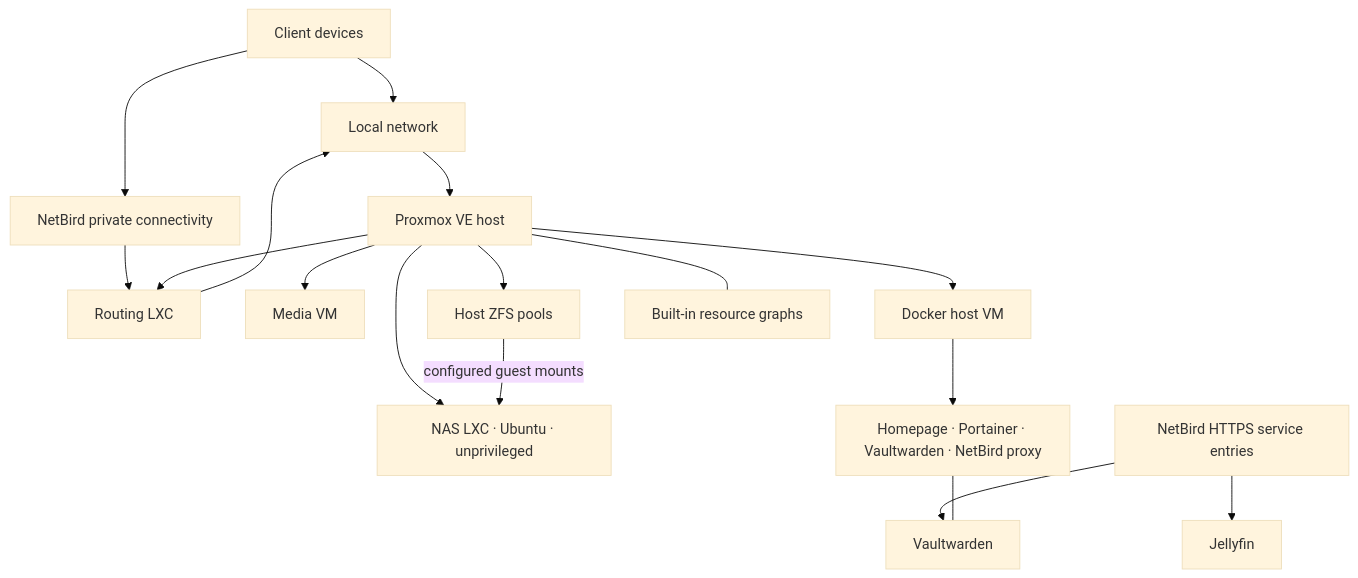
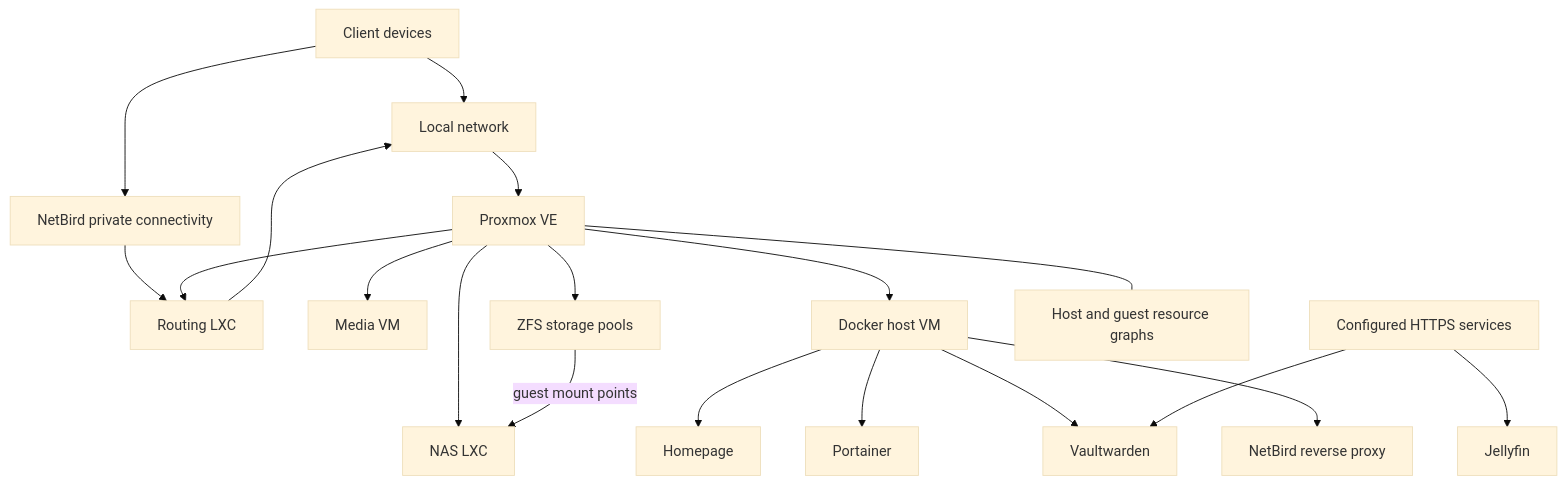
Before and after one commit to GeovanieVasquez/homelab-infrastructure-public: the diagram in README.md, drawn with Mermaid (base theme). The commit also changed other lines of this file and 2 other files, not shown here.

Commit message:
docs: restyle Home Lab showcase around hardware and services

````diff
--- a/README.md
+++ b/README.md
@@ -32,19 +15,21 @@
 ```mermaid
 flowchart TB
-    clients["Client devices"] --> lan["Local network"]
-    clients --> nb["NetBird private connectivity"]
-    nb --> route["Routing LXC"]
-    route --> lan
-    lan --> pve["Proxmox VE host"]
-    pve --> nas["NAS LXC · Ubuntu · unprivileged"]
-    pve --> media["Media VM"]
-    pve --> dock["Docker host VM"]
-    pve --> route
-    pve --> zfs["Host ZFS pools"]
-    zfs -->|"configured guest mounts"| nas
-    dock --> apps["Homepage · Portainer · Vaultwarden · NetBird proxy"]
-    proxy["NetBird HTTPS service entries"] --> jf["Jellyfin"]
-    proxy --> vw["Vaultwarden"]
-    apps --- vw
-    pve --- metrics["Built-in resource graphs"]
+    client["Client devices"] --> lan["Local network"]
+    client --> mesh["NetBird private connectivity"]
+    mesh --> router["Routing LXC"]
+    router --> lan
+    lan --> host["Proxmox VE"]
+    host --> nas["NAS LXC"]
+    host --> media["Media VM"]
+    host --> docker["Docker host VM"]
+    host --> router
+    host --> pools["ZFS storage pools"]
+    pools -->|"guest mount points"| nas
+    docker --> homepage["Homepage"]
+    docker --> portainer["Portainer"]
+    docker --> vault["Vaultwarden"]
+    docker --> reverse["NetBird reverse proxy"]
+    entries["Configured HTTPS services"] --> jellyfin["Jellyfin"]
+    entries --> vault
+    host --- graphs["Host and guest resource graphs"]
 ```
````
